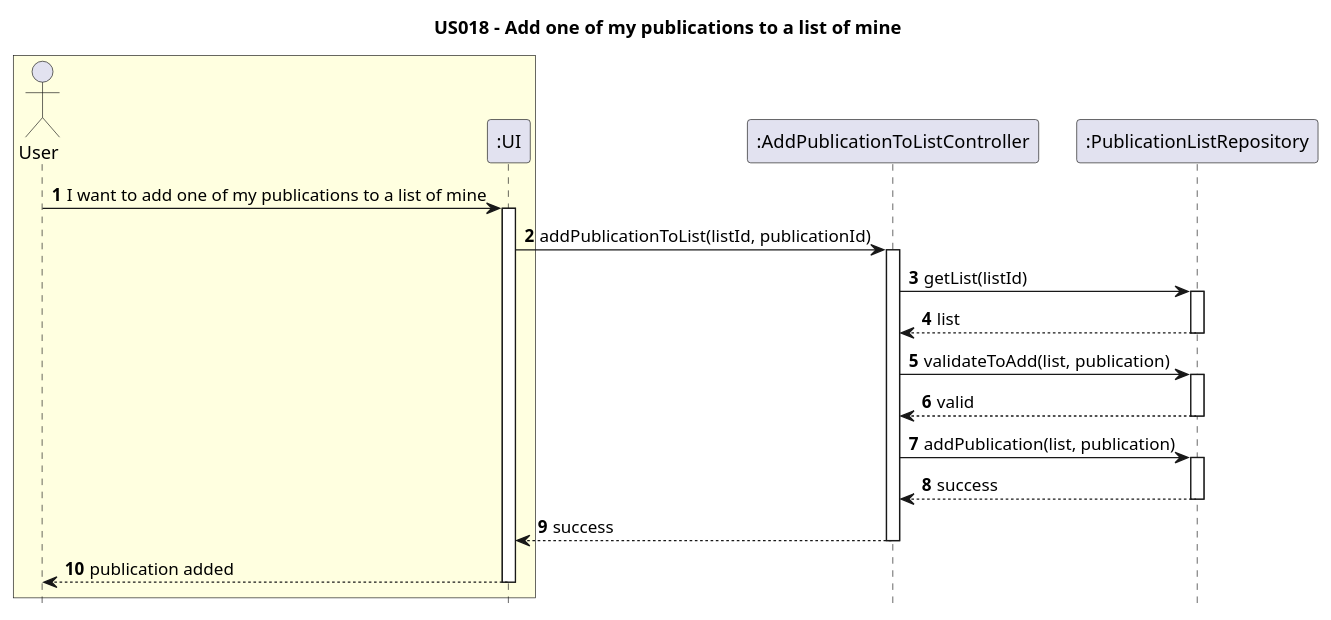
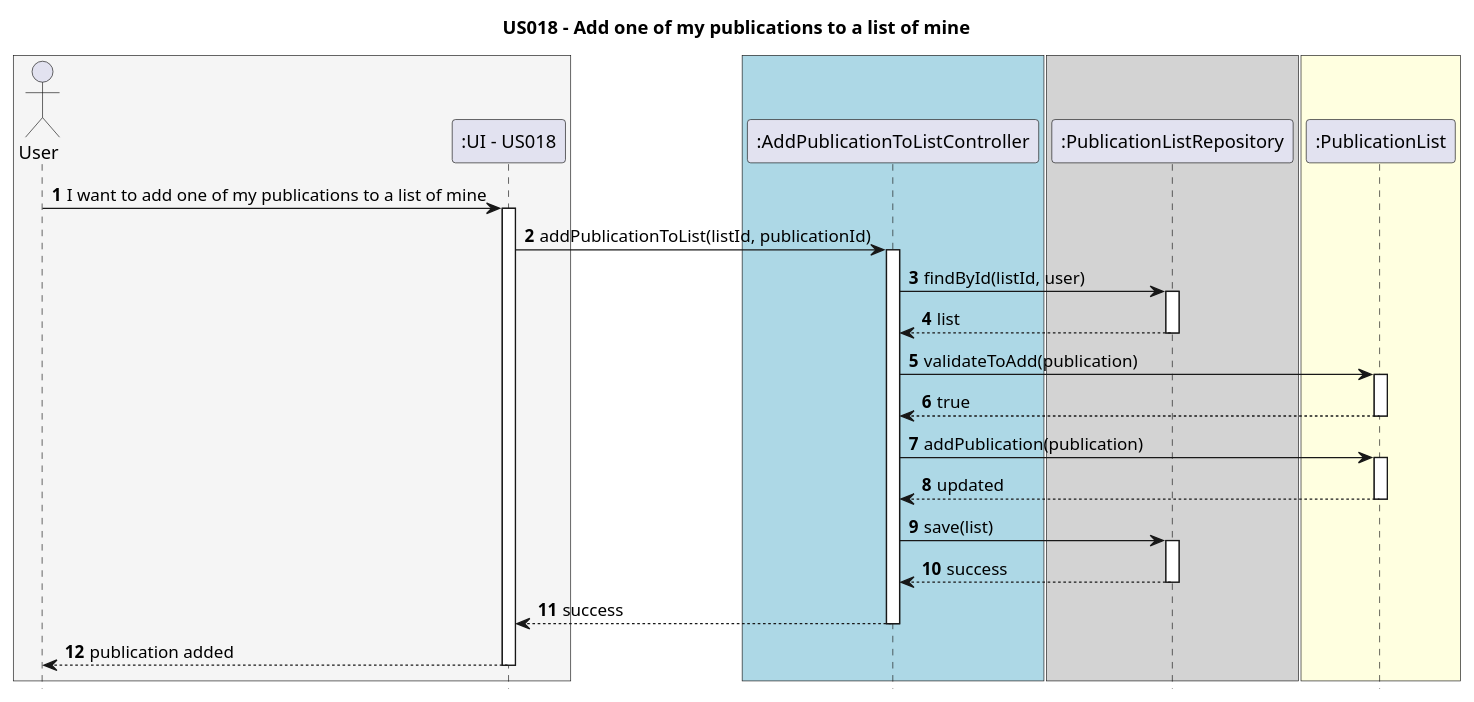
One commit to AndrePereiraGitH/SWitCH-Project-Team_A changed the diagram in Diagrams/SequenceDiagrams/N2/US018-to-add-publication-to-list.puml. Above: the diagram before and after it, drawn with PlantUML. The commit also changed 4 other files, not shown here.

Commit message:
Update diagrams for #88 #89 #92 #94 (SSD N1, N2 and Class)

```diff
--- a/Diagrams/SequenceDiagrams/N2/US018-to-add-publication-to-list.puml
+++ b/Diagrams/SequenceDiagrams/N2/US018-to-add-publication-to-list.puml
@@ -1,48 +1,56 @@
 @startuml
 hide footbox
 autonumber
 
 title US018 - Add one of my publications to a list of mine
 
-box #LightYellow
+box #WhiteSmoke
 actor "User" as User
-participant ":UI" as UI
+participant ":UI - US018" as UI
 end box
 
+box #LightBlue
+participant ":AddPublicationToListController" as Controller
+end box
 
-participant ":AddPublicationToListController" as Controller
+box #LightGrey
+participant ":PublicationListRepository" as Repository
+end box
 
-
-
-participant ":PublicationListRepository" as Repository
-
-
+box #LightYellow
+participant ":PublicationList" as List
+end box
 
 User -> UI : I want to add one of my publications to a list of mine
 activate UI
 
 UI -> Controller : addPublicationToList(listId, publicationId)
 activate Controller
 
-Controller -> Repository : getList(listId)
+Controller -> Repository : findById(listId, user)
 activate Repository
 Repository --> Controller : list
 deactivate Repository
 
-Controller -> Repository : validateToAdd(list, publication)
-activate Repository
-Repository --> Controller : valid
-deactivate Repository
+Controller -> List : validateToAdd(publication)
+activate List
+List --> Controller : true
+deactivate List
 
-Controller -> Repository : addPublication(list, publication)
+Controller -> List : addPublication(publication)
+activate List
+List --> Controller : updated
+deactivate List
+
+Controller -> Repository : save(list)
 activate Repository
 Repository --> Controller : success
 deactivate Repository
 
 Controller --> UI : success
 deactivate Controller
 
 UI --> User : publication added
 deactivate UI
 
 @enduml
```
